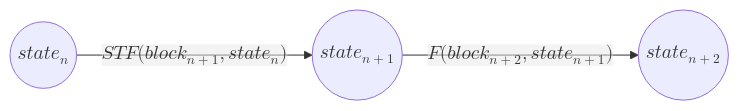
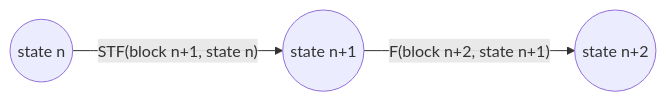
The diagram in content/Content/What/Blocks, Transactions, And Blockchain Systems.md (kianenigma/what-blockchain-actually), drawn with Mermaid before and after one commit. The commit also changed 3 other files, not shown here.

````diff
--- a/content/Content/What/Blocks, Transactions, And Blockchain Systems.md
+++ b/content/Content/What/Blocks, Transactions, And Blockchain Systems.md
@@ -25,4 +25,4 @@
 ```mermaid
 graph LR
-y(("$$state_n$$")) -->|"$$STF(block_{n+1}, state_n)$$"| yp(("$$state_{n+1}$$")) -->|"$$F(block_{n+2}, state_{n+1})$$"| ypp(("$$state_{n+2}$$"))
+y(("state n")) -->|"STF(block n+1, state n)"| yp(("state n+1")) -->|"F(block n+2, state n+1)"| ypp(("state n+2"))
 ```
````
